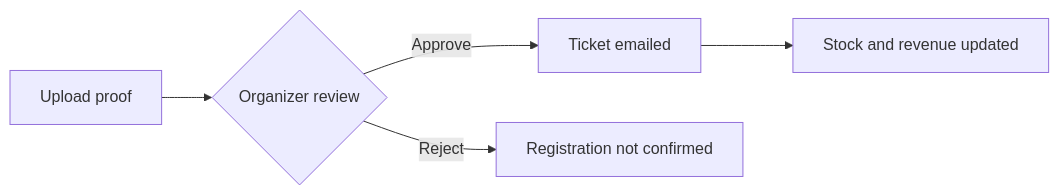
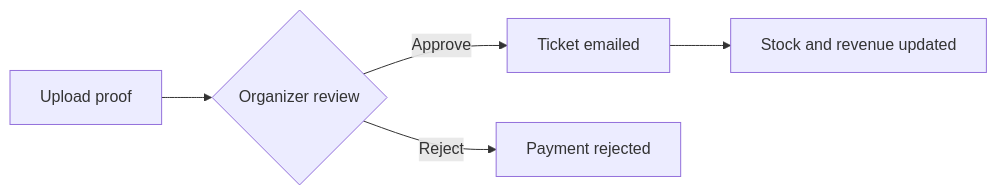
Before and after one commit to Nikhith-2025/Felicity-Management-System: the diagram in README.md, drawn with Mermaid.

Commit message:
Fix a label in the README diagram

````diff
--- a/README.md
+++ b/README.md
@@ -46,7 +46,7 @@
 ```mermaid
 flowchart LR
     A[Upload proof] --> B{Organizer review}
     B -->|Approve| C[Ticket emailed]
     C --> D[Stock and revenue updated]
-    B -->|Reject| E[Registration not confirmed]
+    B -->|Reject| E[Payment rejected]
 ```
````
